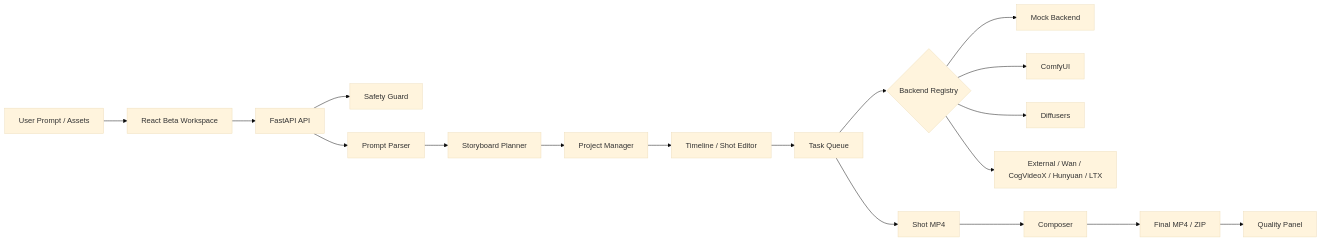
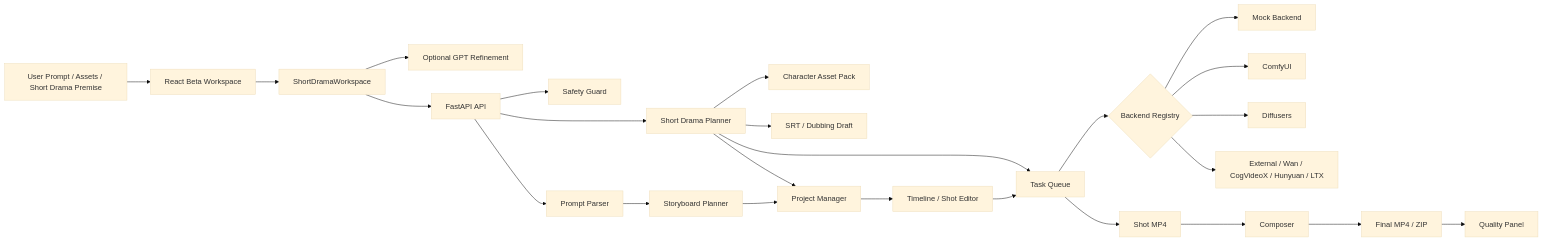
One commit to siner9586/aivideo changed the diagram in README.md. Above: the diagram before and after it, drawn with Mermaid (base theme). The commit also changed other lines of this file, not shown here.

Commit message:
Document short-drama studio and GPT setup in README

````diff
--- a/README.md
+++ b/README.md
@@ -24,20 +66,27 @@
 ```mermaid
 flowchart LR
-  U[User Prompt / Assets] --> W[React Beta Workspace]
-  W --> API[FastAPI API]
+  U[User Prompt / Assets / Short Drama Premise] --> W[React Beta Workspace]
+  W --> SD[ShortDramaWorkspace]
+  SD --> GPT[Optional GPT Refinement]
+  SD --> API[FastAPI API]
   API --> SG[Safety Guard]
   API --> PP[Prompt Parser]
+  API --> SDP[Short Drama Planner]
   PP --> SB[Storyboard Planner]
+  SDP --> CHAR[Character Asset Pack]
+  SDP --> SUB[SRT / Dubbing Draft]
   SB --> PRJ[Project Manager]
+  SDP --> PRJ
   PRJ --> TL[Timeline / Shot Editor]
   TL --> Q[Task Queue]
+  SDP --> Q
   Q --> BR{Backend Registry}
   BR --> M[Mock Backend]
   BR --> C[ComfyUI]
   BR --> D[Diffusers]
   BR --> E[External / Wan / CogVideoX / Hunyuan / LTX]
   Q --> OUT[Shot MP4]
   OUT --> CMP[Composer]
   CMP --> FINAL[Final MP4 / ZIP]
   FINAL --> QA[Quality Panel]
 ```
````
